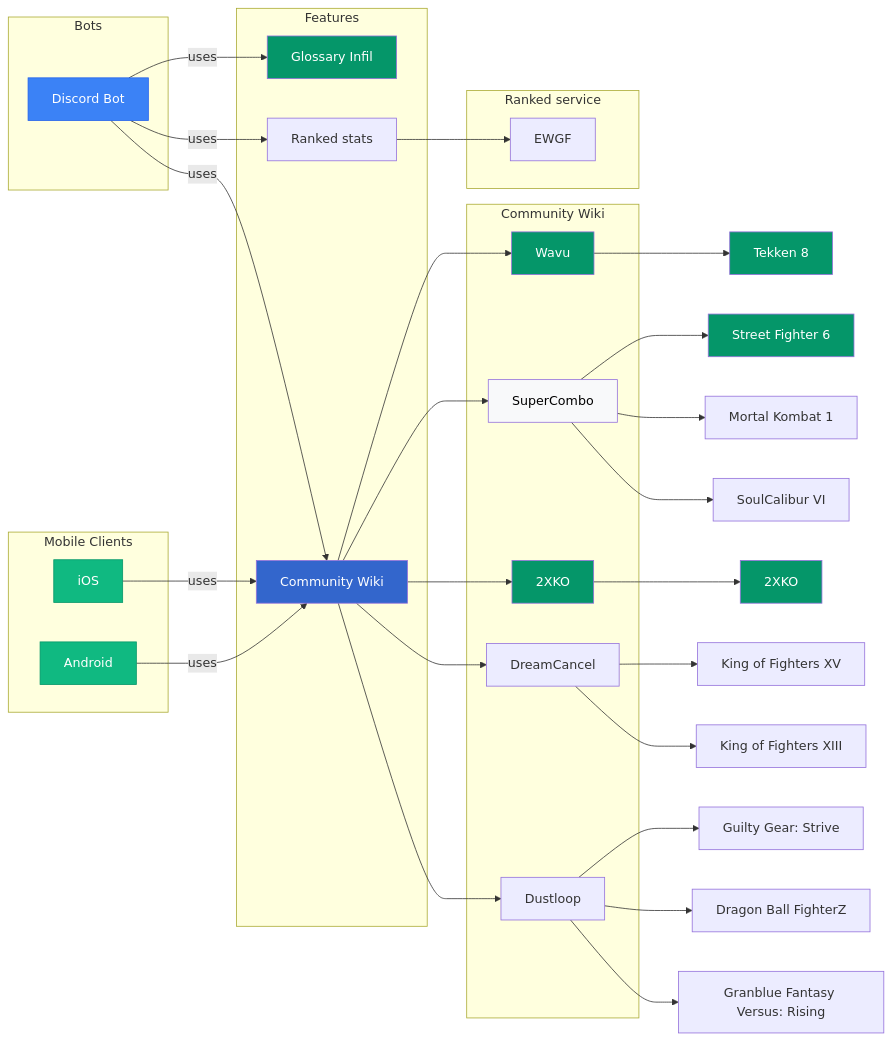
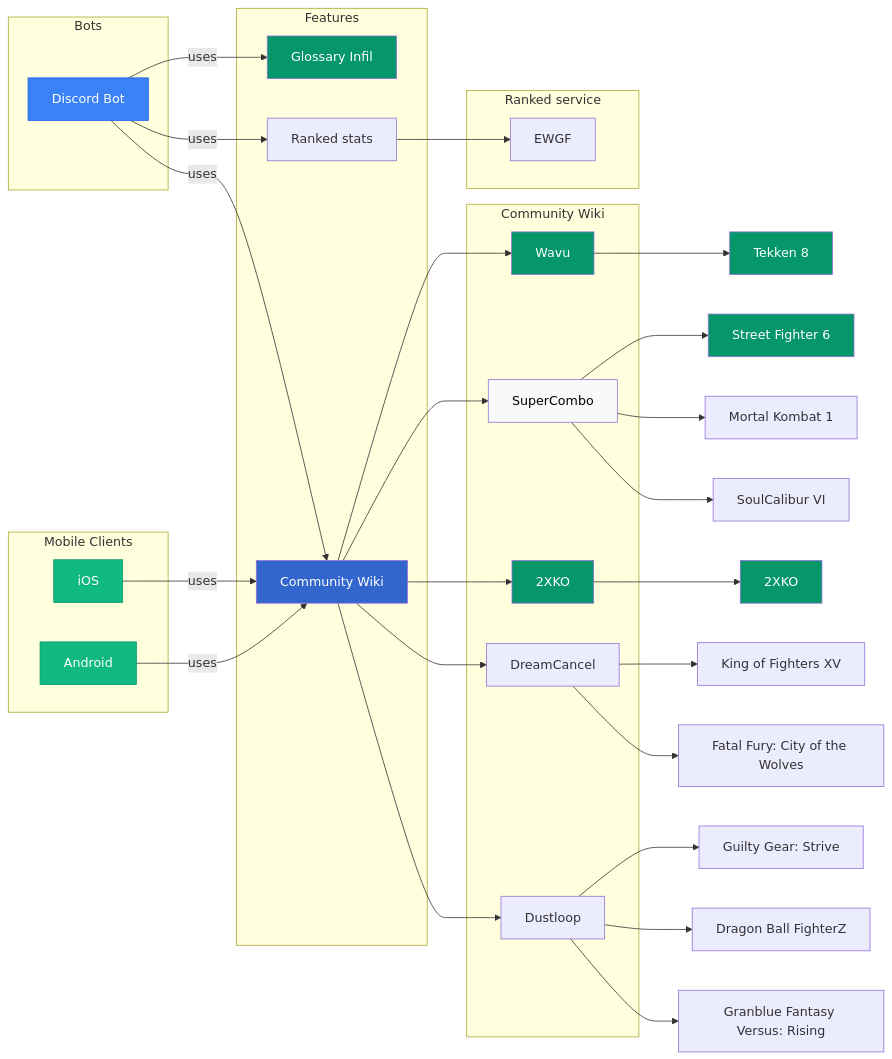
The diagram in mermaid/modules.mmd (Sophon/FightingNerd), drawn with Mermaid before and after one commit. The commit also changed 1 other file, not shown here.

```diff
--- a/mermaid/modules.mmd
+++ b/mermaid/modules.mmd
@@ -1,66 +1,66 @@
 graph LR
     subgraph Bots
         discordBot[Discord Bot]
     end
 
     subgraph "Mobile Clients"
         android[Android]
         iOS[iOS]
     end
 
     subgraph Features
         glossaryInfil[Glossary Infil]
         communityWiki[Community Wiki]
         elo[Ranked stats]
     end
 
     subgraph Community Wiki
         wikiWavu[Wavu]
         supercombo[SuperCombo]
         2xko[2XKO]
         dustloop[Dustloop]
         dreamcancel[DreamCancel]
     end
 
     subgraph Ranked service
         ewgf[EWGF]
     end
 
     android -->|uses| communityWiki
     iOS -->|uses| communityWiki
 
     discordBot -->|uses| glossaryInfil
     discordBot -->|uses| communityWiki
     discordBot -->|uses| elo
 
     communityWiki --> wikiWavu
     communityWiki --> supercombo
     communityWiki --> 2xko
     communityWiki --> dreamcancel
     communityWiki --> dustloop
 
     elo --> ewgf
 
     wikiWavu --> t8[Tekken 8]
     supercombo --> sf6[Street Fighter 6]
     supercombo --> mk1[Mortal Kombat 1]
     supercombo --> sc6[SoulCalibur VI]
     dustloop --> ggst[Guilty Gear: Strive]
     dustloop --> dbfz[Dragon Ball FighterZ]
     dustloop --> gbvsr[Granblue Fantasy Versus: Rising]
     2xko --> xko[2XKO]
     dreamcancel --> kof15[King of Fighters XV]
-    dreamcancel --> kof13[King of Fighters XIII]
+    dreamcancel --> cotw[Fatal Fury: City of the Wolves]
 
 
     style discordBot fill:#3B82F6,stroke:#2563EB,color:#fff
     style android fill:#10B981,stroke:#059669,color:#fff
     style iOS fill:#10B981,stroke:#059669,color:#fff
     style glossaryInfil fill:#059669,color:#fff
     style communityWiki fill:#3366CC,color:#fff
     style wikiWavu fill:#059669,color:#fff
     style supercombo fill:#F8F9FA,color:#000000
     style 2xko fill:#059669,color:#fff
     style t8 fill:#059669, color:#fff
     style sf6 fill:#059669, color:#fff
     style xko fill:#059669, color:#fff
```
